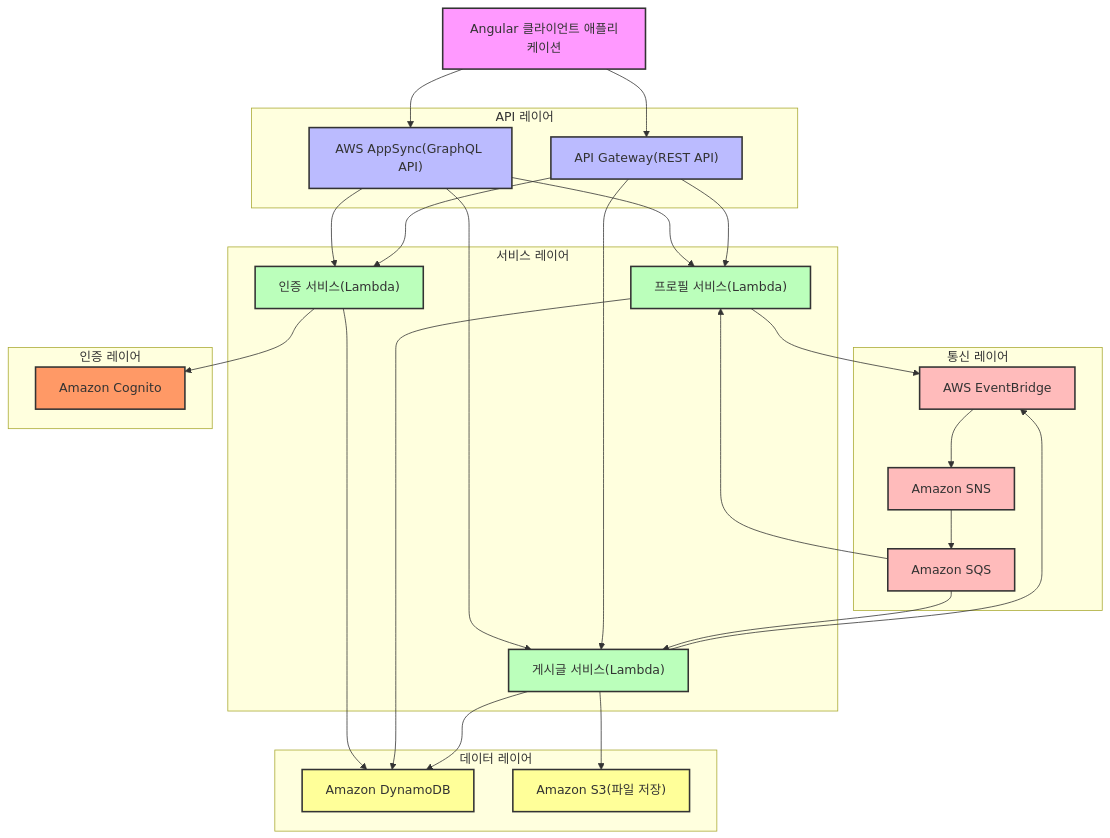
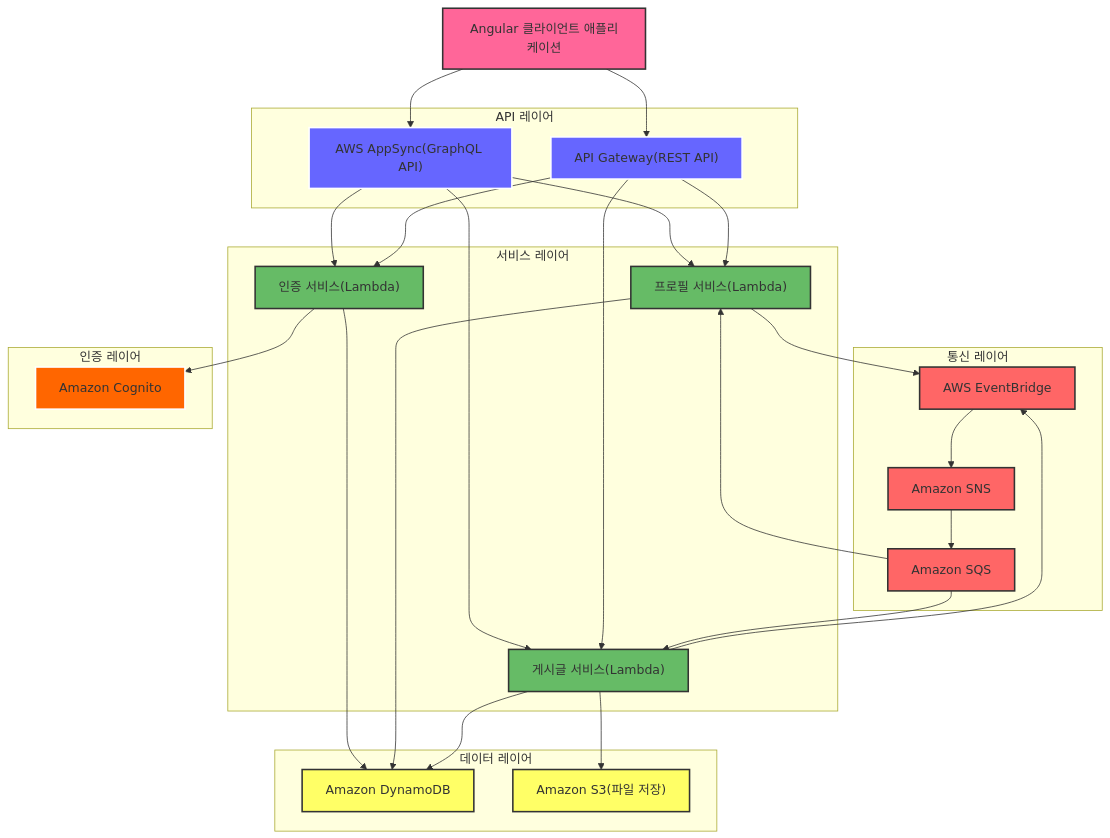
Before and after one commit to serithemage/Serverless-RealWorld: the second of 2 diagrams in README.md, drawn with Mermaid. The commit also changed other lines of this file, not shown here.

Commit message:
style: 아키텍처 다이어그램 박스 색상 강화로 가독성 개선

````diff
--- a/README.md
+++ b/README.md
@@ -65,69 +65,69 @@
 ```mermaid
 flowchart TD
     Client["Angular 클라이언트 애플리케이션"]
     
     subgraph "API 레이어"
         AppSync["AWS AppSync(GraphQL API)"]
         APIGateway["API Gateway(REST API)"]
     end
     
     subgraph "서비스 레이어"
         AuthLambda["인증 서비스(Lambda)"]
         ProfileLambda["프로필 서비스(Lambda)"]
         ArticleLambda["게시글 서비스(Lambda)"]
     end
     
     subgraph "통신 레이어"
         EventBridge["AWS EventBridge"]
         SNS["Amazon SNS"]
         SQS["Amazon SQS"]
     end
     
     subgraph "데이터 레이어"
         DynamoDB["Amazon DynamoDB"]
         S3["Amazon S3(파일 저장)"]
     end
     
     subgraph "인증 레이어"
         Cognito["Amazon Cognito"]
     end
     
     Client --> AppSync
     Client --> APIGateway
     
     AppSync --> AuthLambda
     AppSync --> ProfileLambda
     AppSync --> ArticleLambda
     
     APIGateway --> AuthLambda
     APIGateway --> ProfileLambda
     APIGateway --> ArticleLambda
     
     AuthLambda --> Cognito
     AuthLambda --> DynamoDB
     
     ProfileLambda --> DynamoDB
     ProfileLambda --> EventBridge
     
     ArticleLambda --> DynamoDB
     ArticleLambda --> S3
     ArticleLambda --> EventBridge
     
     EventBridge --> SNS
     SNS --> SQS
     SQS --> ProfileLambda
     SQS --> ArticleLambda
     
-    style Client fill:#f9f,stroke:#333,stroke-width:2px
-    style AppSync fill:#bbf,stroke:#333,stroke-width:2px
-    style APIGateway fill:#bbf,stroke:#333,stroke-width:2px
-    style AuthLambda fill:#bfb,stroke:#333,stroke-width:2px
-    style ProfileLambda fill:#bfb,stroke:#333,stroke-width:2px
-    style ArticleLambda fill:#bfb,stroke:#333,stroke-width:2px
-    style EventBridge fill:#fbb,stroke:#333,stroke-width:2px
-    style SNS fill:#fbb,stroke:#333,stroke-width:2px
-    style SQS fill:#fbb,stroke:#333,stroke-width:2px
-    style DynamoDB fill:#ff9,stroke:#333,stroke-width:2px
-    style S3 fill:#ff9,stroke:#333,stroke-width:2px
-    style Cognito fill:#f96,stroke:#333,stroke-width:2px
+    style Client fill:#f69,stroke:#333,stroke-width:2px
+    style AppSync fill:#66f,stroke:#fff,stroke-width:2px
+    style APIGateway fill:#66f,stroke:#fff,stroke-width:2px
+    style AuthLambda fill:#6b6,stroke:#333,stroke-width:2px
+    style ProfileLambda fill:#6b6,stroke:#333,stroke-width:2px
+    style ArticleLambda fill:#6b6,stroke:#333,stroke-width:2px
+    style EventBridge fill:#f66,stroke:#333,stroke-width:2px
+    style SNS fill:#f66,stroke:#333,stroke-width:2px
+    style SQS fill:#f66,stroke:#333,stroke-width:2px
+    style DynamoDB fill:#ff6,stroke:#333,stroke-width:2px
+    style S3 fill:#ff6,stroke:#333,stroke-width:2px
+    style Cognito fill:#f60,stroke:#fff,stroke-width:2px
 ```
````
